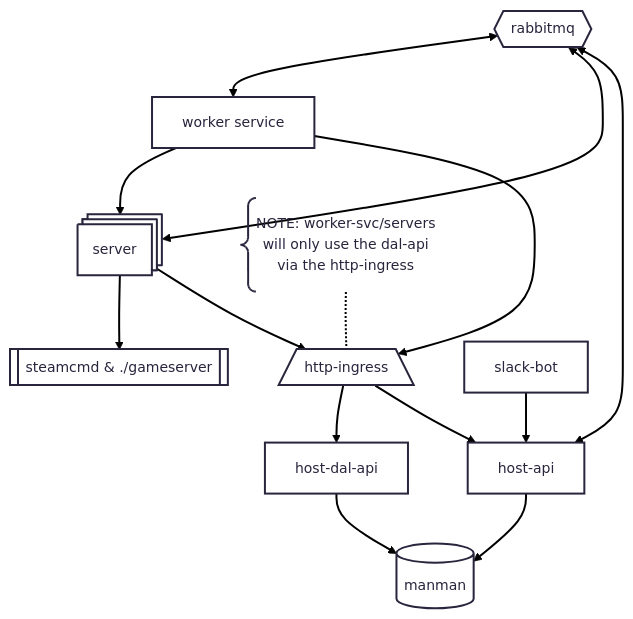
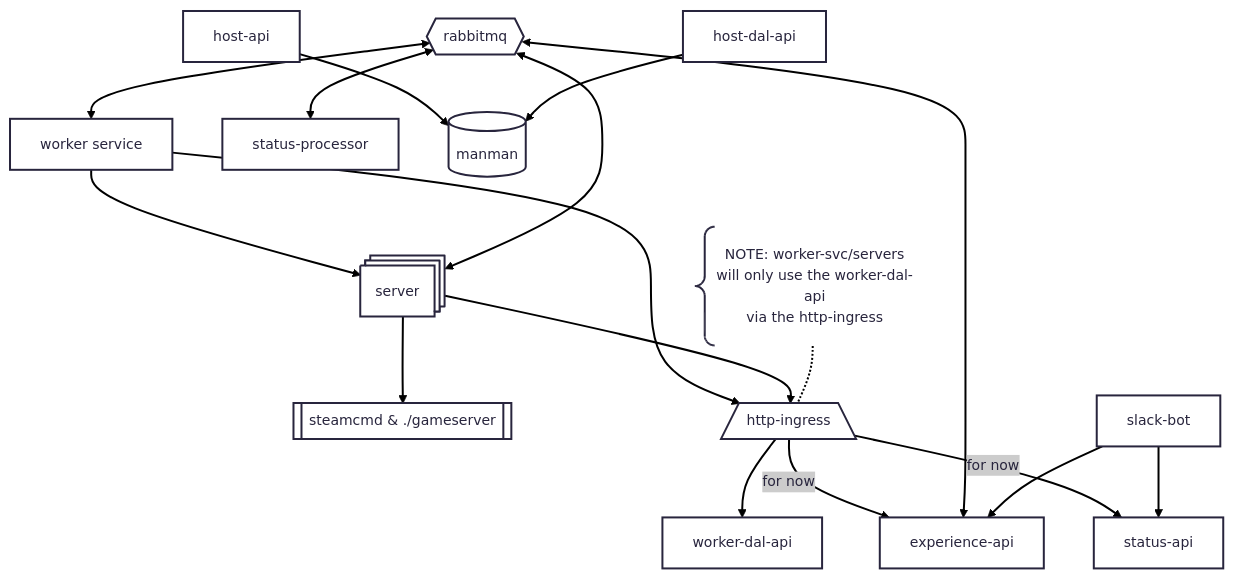
Before and after one commit to whale-net/manman: the diagram in README.md, drawn with Mermaid.

````diff
--- a/README.md
+++ b/README.md
@@ -19,33 +19,37 @@
 ```mermaid
 ---
 config:
   theme: redux
 ---
 graph TD
     worker-svc["worker service"]
     servers["server"]@{ shape: procs}
     server-subproc["steamcmd & ./gameserver"]@{ shape: subproc}
 
     worker-svc --> servers --> server-subproc
 
     http-ingress[/"http-ingress"\]
-    host-api["host-api"]
-    host-dal-api["host-dal-api"]
-    worker-svc & servers --> http-ingress --> host-dal-api
-    http-ingress --> host-api
+    experience-api["experience-api"]
+    worker-dal-api["worker-dal-api"]
+    status-api["status-api"]
+    %% is proc the right shape?
+    status-processor["status-processor"]@{ shape: proc }
 
-    http-ingress-comment["NOTE: worker-svc/servers<br>will only use the dal-api<br>via the http-ingress"]@{ shape: comment }
+    worker-svc & servers --> http-ingress --> worker-dal-api
+    http-ingress -- for now --> experience-api & status-api
+
+    http-ingress-comment["NOTE: worker-svc/servers<br>will only use the worker-dal-api<br>via the http-ingress"]@{ shape: comment }
 
     http-ingress-comment -.- http-ingress
 
     database["manman"]@{ shape: db}
     host-api & host-dal-api --> database
 
     rmq{{"rabbitmq"}}
-    rmq <--> worker-svc & servers & host-api
+    rmq <--> worker-svc & servers & experience-api & status-processor
 
 
     slack-bot["slack-bot"]
-    slack-bot --> host-api
+    slack-bot --> experience-api & status-api
 
 ```
````
